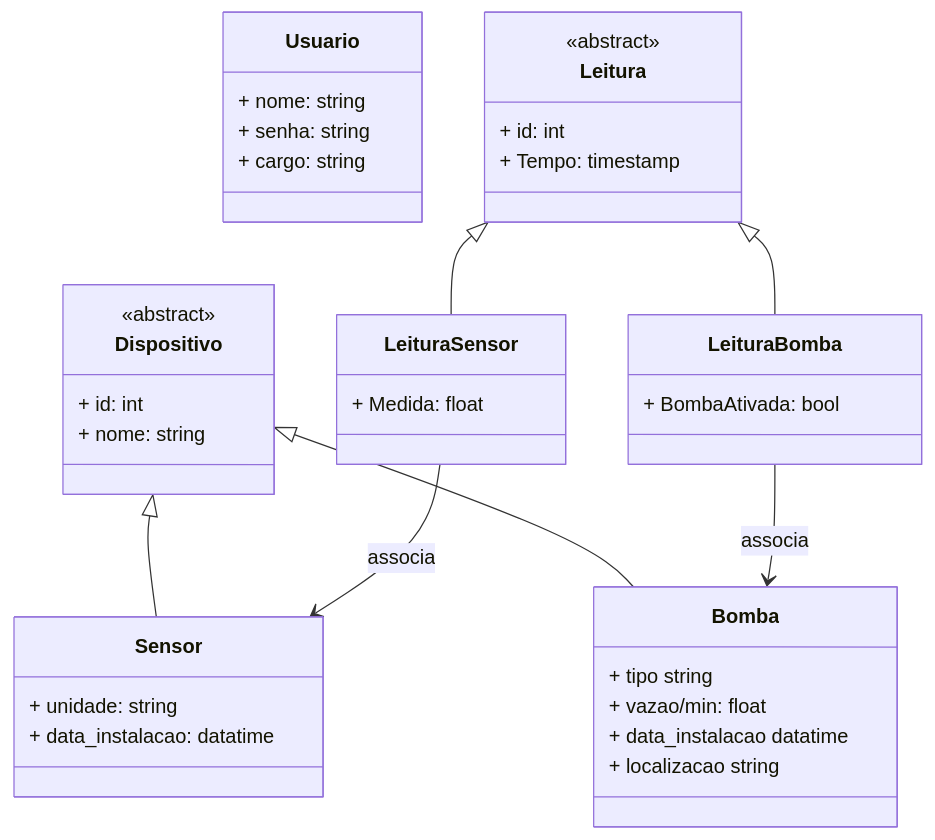
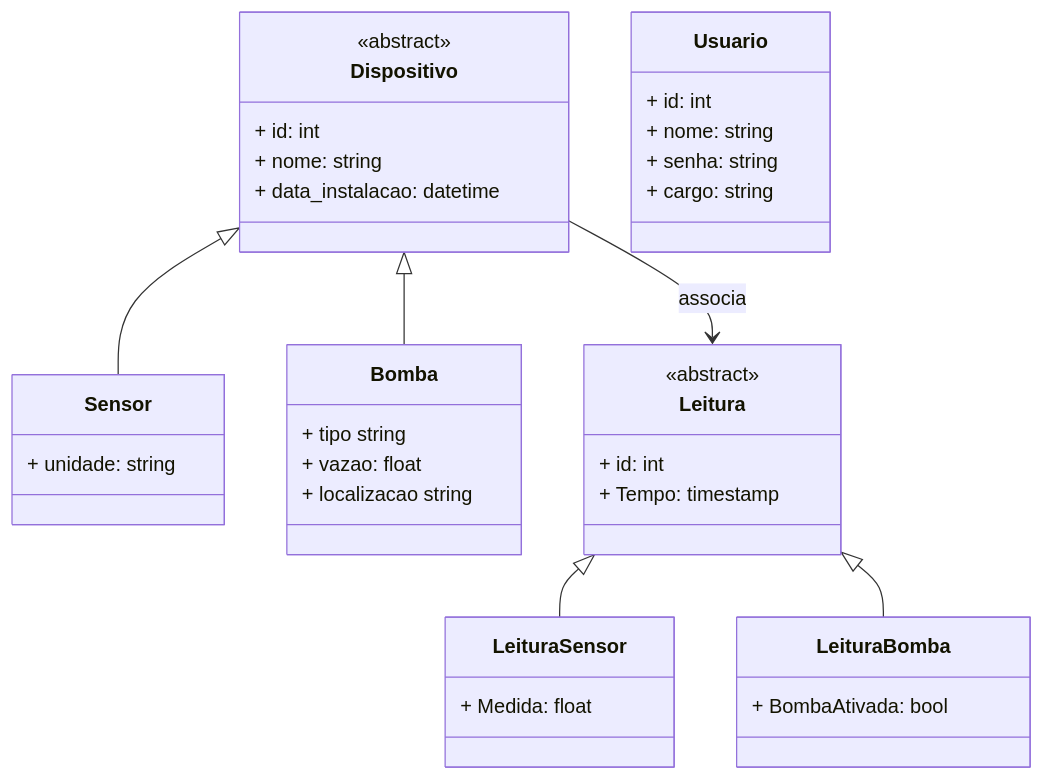
One commit to Giovani-RodriguesS/projeto_iot changed the diagram in docs/README.md. Above: the diagram before and after it, drawn with Mermaid.

Commit message:
fix: fixed class modeling

````diff
--- a/docs/README.md
+++ b/docs/README.md
@@ -4,47 +4,46 @@
 ```mermaid
 classDiagram
     class Dispositivo {
         <<abstract>>
         + id: int
         + nome: string
+        + data_instalacao: datetime
     }
     class Usuario {
+        + id: int
         + nome: string
         + senha: string
         + cargo: string
     }
 
 
     class Sensor {
         + unidade: string
-        + data_instalacao: datatime
     }
     class Bomba {
         + tipo string
-        + vazao/min: float
-        + data_instalacao datatime
+        + vazao: float
         + localizacao string
     }
     class Leitura {
         <<abstract>>
         + id: int
         + Tempo: timestamp
     }
     class LeituraBomba {
         + BombaAtivada: bool
     }
     class LeituraSensor {
         + Medida: float
     }
 
     Usuario
     
     Dispositivo  <|-- Sensor
     Dispositivo <|-- Bomba
 
     Leitura <|-- LeituraSensor
     Leitura <|-- LeituraBomba
 
-    LeituraBomba --> Bomba : associa
-    LeituraSensor --> Sensor : associa
+    Dispositivo --> Leitura : associa
 ```
````
